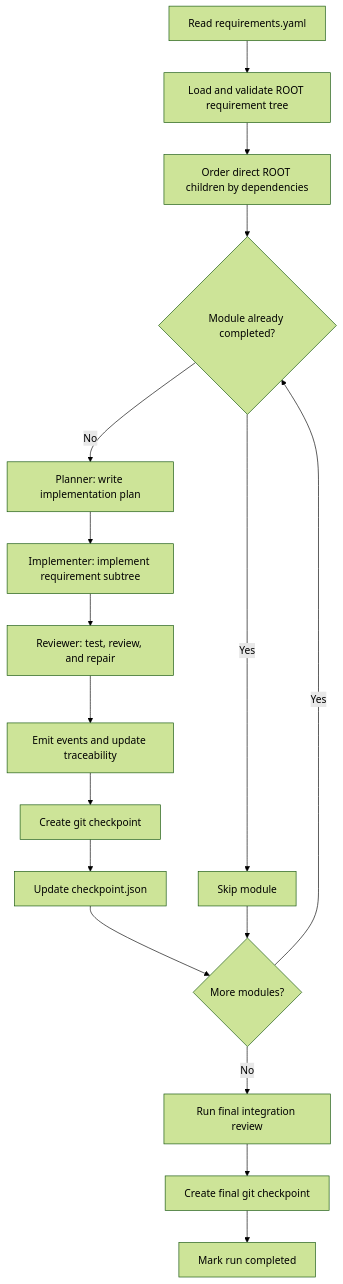
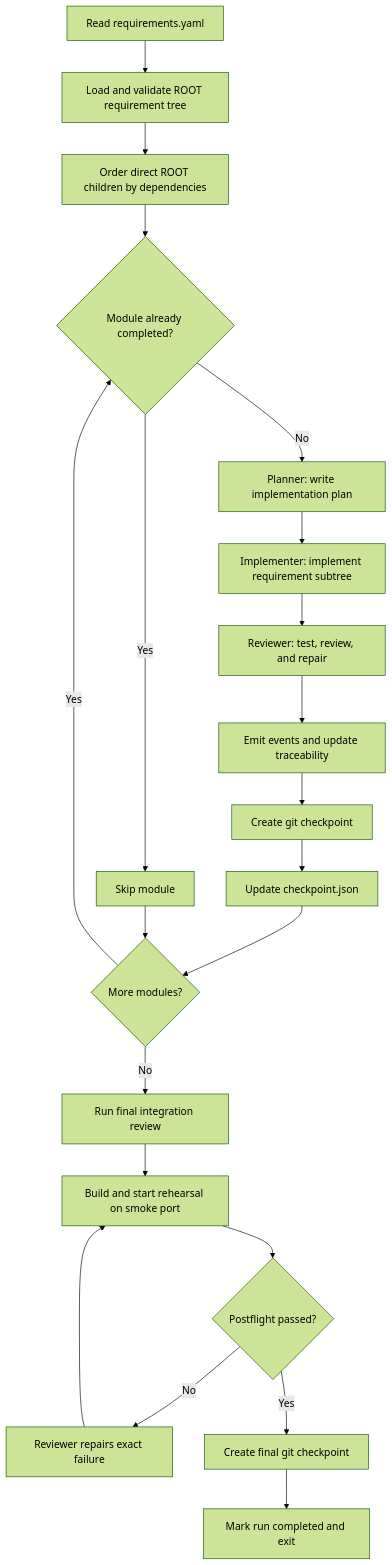
The diagram in README.md (onewesong/hafleet-arc), drawn with Mermaid (forest theme) before and after one commit. The commit also changed other lines of this file and 16 other files, not shown here.

````diff
--- a/README.md
+++ b/README.md
@@ -32,19 +32,23 @@
 ```mermaid
 flowchart TD
     A["Read requirements.yaml"] --> B["Load and validate ROOT requirement tree"]
     B --> C["Order direct ROOT children by dependencies"]
     C --> D{"Module already completed?"}
     D -- "Yes" --> E["Skip module"]
     D -- "No" --> F["Planner: write implementation plan"]
     F --> G["Implementer: implement requirement subtree"]
     G --> H["Reviewer: test, review, and repair"]
     H --> I["Emit events and update traceability"]
     I --> J["Create git checkpoint"]
     J --> K["Update checkpoint.json"]
     K --> L{"More modules?"}
     E --> L
     L -- "Yes" --> D
     L -- "No" --> M["Run final integration review"]
-    M --> N["Create final git checkpoint"]
-    N --> O["Mark run completed"]
+    M --> N["Build and start rehearsal on smoke port"]
+    N --> O{"Postflight passed?"}
+    O -- "No" --> P["Reviewer repairs exact failure"]
+    P --> N
+    O -- "Yes" --> Q["Create final git checkpoint"]
+    Q --> R["Mark run completed and exit"]
 ```
````
